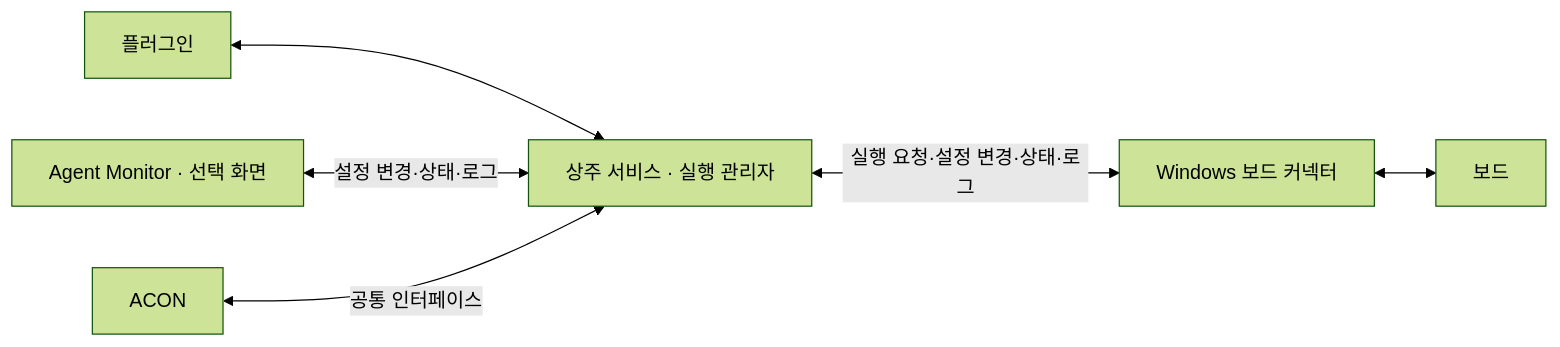
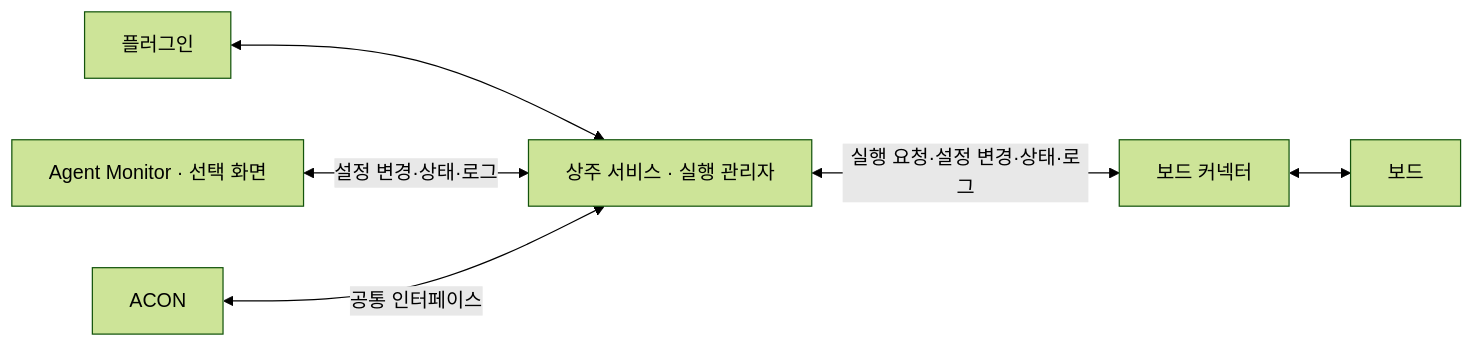
Before and after one commit to graycoral/bsp_os_upgrade_dashboard: the diagram in docs/design/PLUGIN_CENTRIC_INTERFACE_PLAN.md, drawn with Mermaid (forest theme). The commit also changed other lines of this file and 48 other files, not shown here.

````diff
--- a/docs/design/PLUGIN_CENTRIC_INTERFACE_PLAN.md
+++ b/docs/design/PLUGIN_CENTRIC_INTERFACE_PLAN.md
@@ -29,8 +29,8 @@
 ```mermaid
 flowchart LR
     P[플러그인] <--> S[상주 서비스 · 실행 관리자]
     M[Agent Monitor · 선택 화면] <-->|설정 변경·상태·로그| S
     A[ACON] <-->|공통 인터페이스| S
-    S <-->|실행 요청·설정 변경·상태·로그| C[Windows 보드 커넥터]
+    S <-->|실행 요청·설정 변경·상태·로그| C[보드 커넥터]
     C <--> B[보드]
 ```
````
